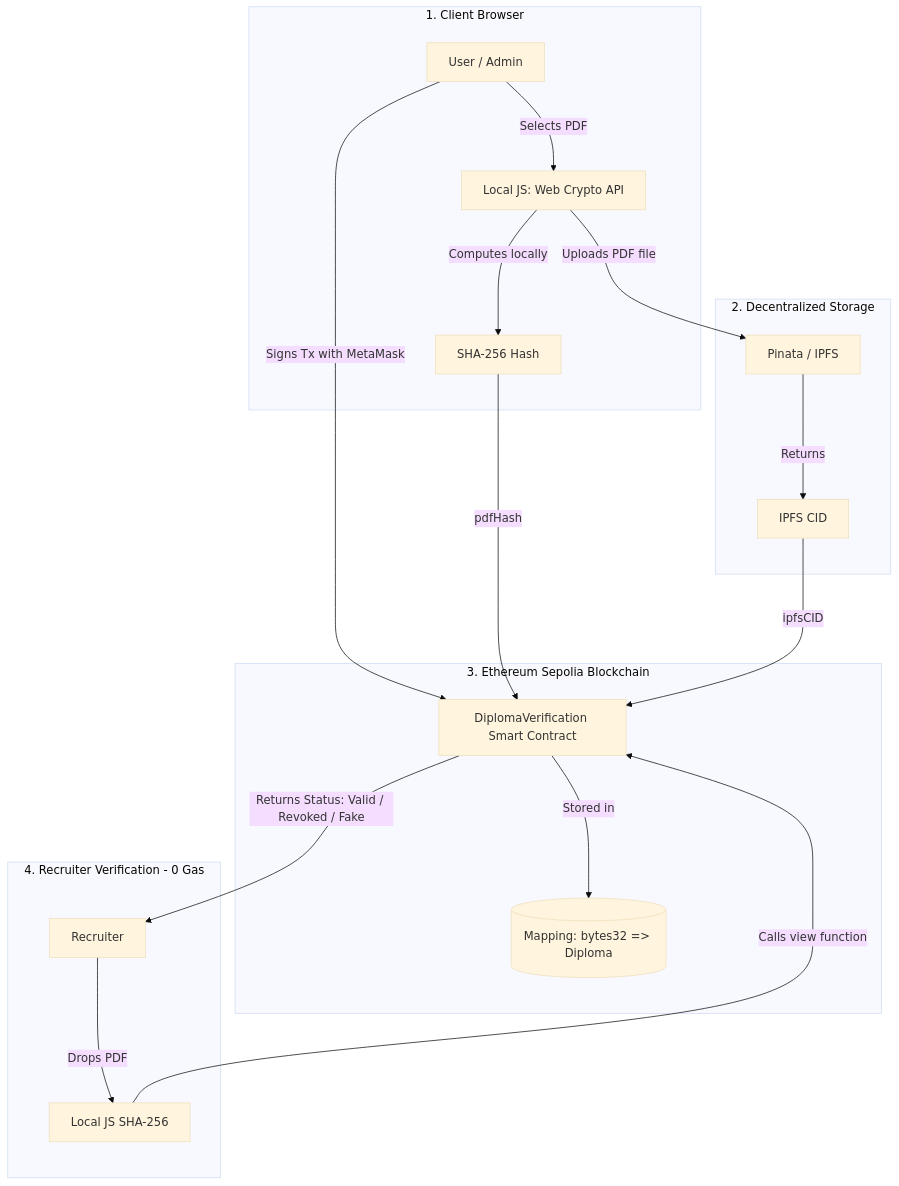
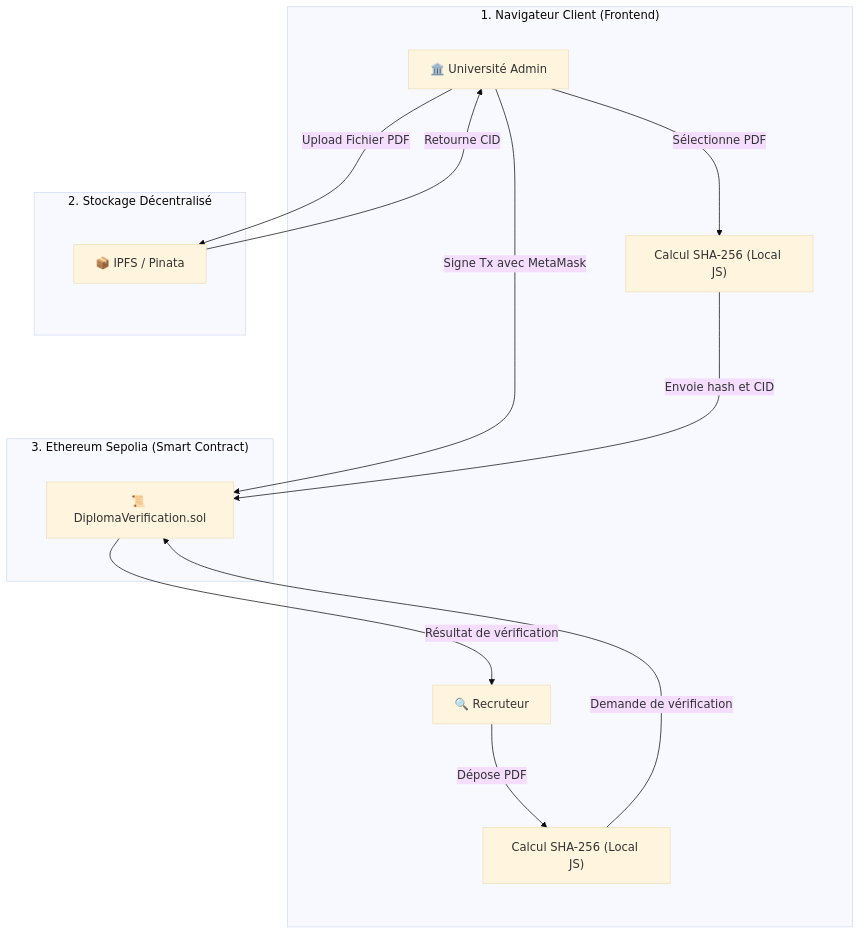
The diagram in README.md (buildwithrayen/blockchain-diploma-verification), drawn with Mermaid (base theme) before and after one commit. The commit also changed other lines of this file, not shown here.

````diff
--- a/README.md
+++ b/README.md
@@ -26,28 +25,22 @@
 ```mermaid
-%%{init: {"flowchart": {"nodeSpacing": 65, "rankSpacing": 100, "curve": "basis", "htmlLabels": true}}}%%
+%%{init: {"flowchart": {"nodeSpacing": 90, "rankSpacing": 120, "curve": "basis", "htmlLabels": true}}}%%
 
 flowchart TD
 
-    subgraph Client_Side ["1. Client Browser"]
-        A["User / Admin"] -->|Selects PDF| B["Local JS: Web Crypto API"]
-        B -->|Computes locally| C["SHA-256 Hash"]
+    subgraph Browser["1. Navigateur Client (Frontend)"]
+        Admin["🏛️ Université Admin"] -->|Sélectionne PDF| Hash1["Calcul SHA-256 (Local JS)"]
+        Recruiter["🔍 Recruteur"] -->|Dépose PDF| Hash2["Calcul SHA-256 (Local JS)"]
     end
 
-    subgraph Storage ["2. Decentralized Storage"]
-        B -->|Uploads PDF file| D["Pinata / IPFS"]
-        D -->|Returns| E["IPFS CID"]
+    subgraph Storage["2. Stockage Décentralisé"]
+        Admin -->|Upload Fichier PDF| Pinata["📦 IPFS / Pinata"]
+        Pinata -->|Retourne CID| Admin
     end
 
-    subgraph Blockchain ["3. Ethereum Sepolia Blockchain"]
-        A -->|Signs Tx with MetaMask| F["DiplomaVerification Smart Contract"]
-        C -->|pdfHash| F
-        E -->|ipfsCID| F
-        F -->|Stored in| G[("Mapping: bytes32 => Diploma")]
-    end
-
-    subgraph Verification ["4. Recruiter Verification - 0 Gas"]
-        R["Recruiter"] -->|Drops PDF| B2["Local JS SHA-256"]
-        B2 -->|Calls view function| F
-        F -->|Returns Status: Valid / Revoked / Fake| R
+    subgraph Blockchain["3. Ethereum Sepolia (Smart Contract)"]
+        Admin -->|Signe Tx avec MetaMask| SC["📜 DiplomaVerification.sol"]
+        Hash1 -->|Envoie hash et CID| SC
+        Hash2 -->|Demande de vérification| SC
+        SC -->|Résultat de vérification| Recruiter
     end
 ```
````
